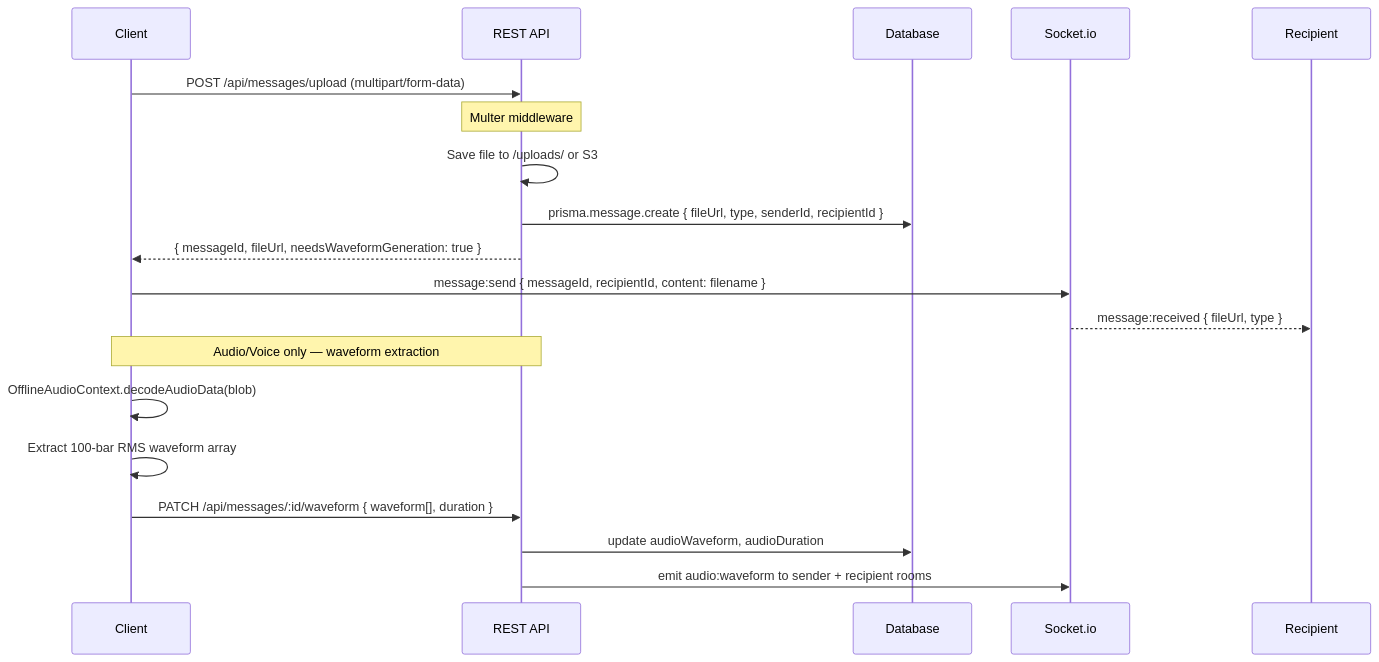
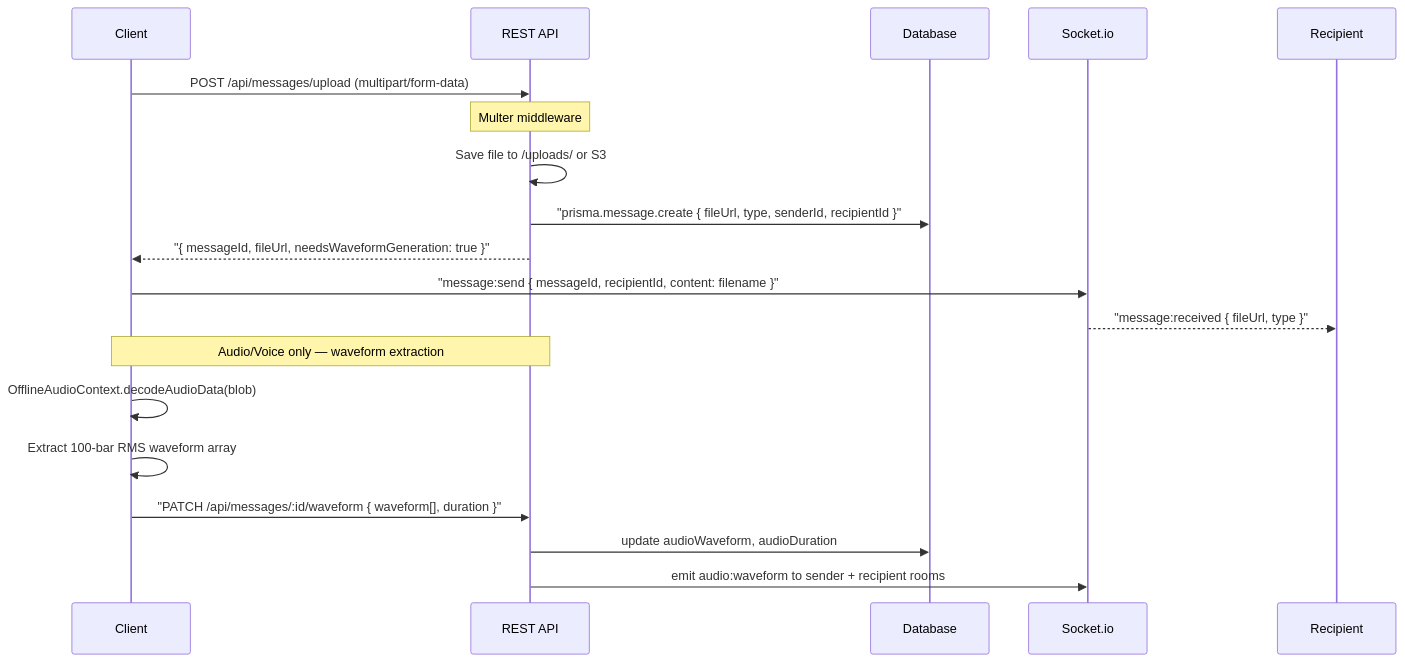
Before and after one commit to neofuture/chatr: the third of 6 diagrams in Documentation/Features/MESSAGING.md, drawn with Mermaid. The commit also changed other lines of this file and 5 other files, not shown here.

````diff
--- a/Documentation/Features/MESSAGING.md
+++ b/Documentation/Features/MESSAGING.md
@@ -67,22 +67,22 @@
 ```mermaid
 sequenceDiagram
     participant C as Client
     participant API as REST API
     participant DB as Database
     participant WS as Socket.io
     participant R as Recipient
 
     C->>API: POST /api/messages/upload (multipart/form-data)
     Note over API: Multer middleware
     API->>API: Save file to /uploads/ or S3
-    API->>DB: prisma.message.create { fileUrl, type, senderId, recipientId }
-    API-->>C: { messageId, fileUrl, needsWaveformGeneration: true }
-    C->>WS: message:send { messageId, recipientId, content: filename }
-    WS-->>R: message:received { fileUrl, type }
+    API->>DB: "prisma.message.create { fileUrl, type, senderId, recipientId }"
+    API-->>C: "{ messageId, fileUrl, needsWaveformGeneration: true }"
+    C->>WS: "message:send { messageId, recipientId, content: filename }"
+    WS-->>R: "message:received { fileUrl, type }"
     Note over C,API: Audio/Voice only — waveform extraction
     C->>C: OfflineAudioContext.decodeAudioData(blob)
     C->>C: Extract 100-bar RMS waveform array
-    C->>API: PATCH /api/messages/:id/waveform { waveform[], duration }
+    C->>API: "PATCH /api/messages/:id/waveform { waveform[], duration }"
     API->>DB: update audioWaveform, audioDuration
     API->>WS: emit audio:waveform to sender + recipient rooms
 ```
````
